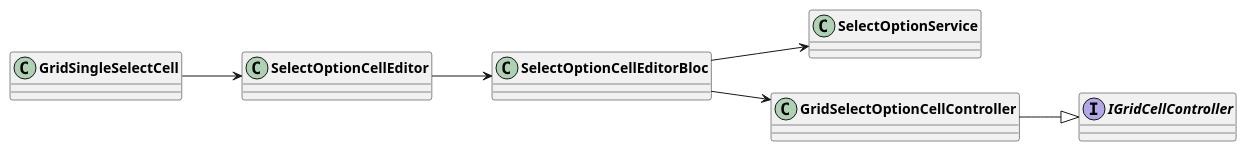
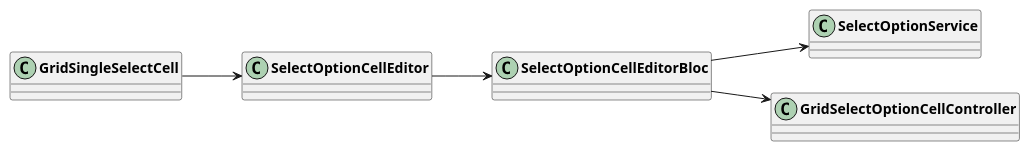
One commit to AppFlowy-IO/AppFlowy-Docs changed the second of 3 diagrams in uml/dart_classes/grid_cells.plantuml. Above: the diagram before and after it, drawn with PlantUML. The commit also changed other lines of this file and 3 other files, not shown here.

Commit message:
chore: update diagrams

```diff
--- a/uml/dart_classes/grid_cells.plantuml
+++ b/uml/dart_classes/grid_cells.plantuml
@@ -24,22 +24,18 @@
 @startuml Grid Selection Cell Edit
 skinparam classFontStyle Bold
 skinparam ActivityBackgroundColor Silver
 skinparam ActivityBorderColor DimGray
 left to right direction
 
 class SelectOptionService
 class SelectOptionCellEditorBloc
-interface IGridCellController
 
-
-'SingleSelectCell
 GridSingleSelectCell --> SelectOptionCellEditor
 SelectOptionCellEditor --> SelectOptionCellEditorBloc
 
 SelectOptionCellEditorBloc --> SelectOptionService
 SelectOptionCellEditorBloc --> GridSelectOptionCellController
-GridSelectOptionCellController --|> IGridCellController
 
 
 
 @enduml
```
